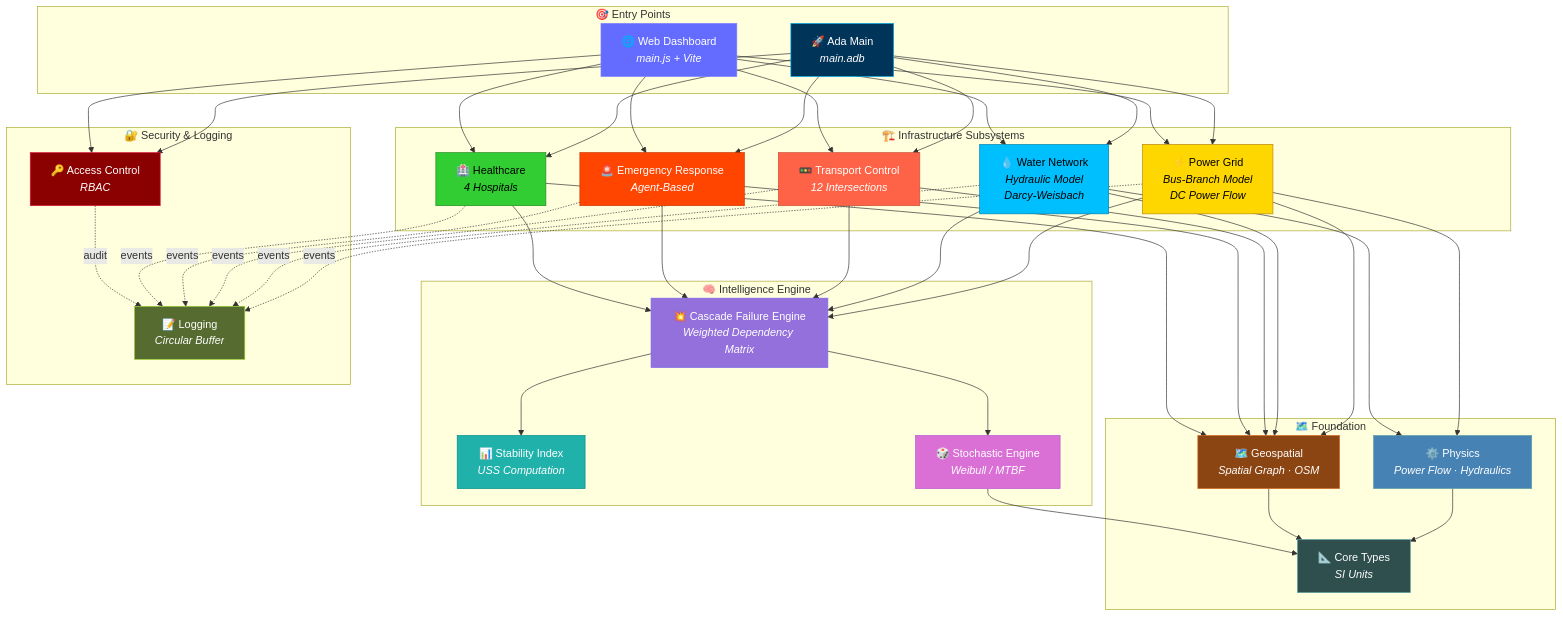
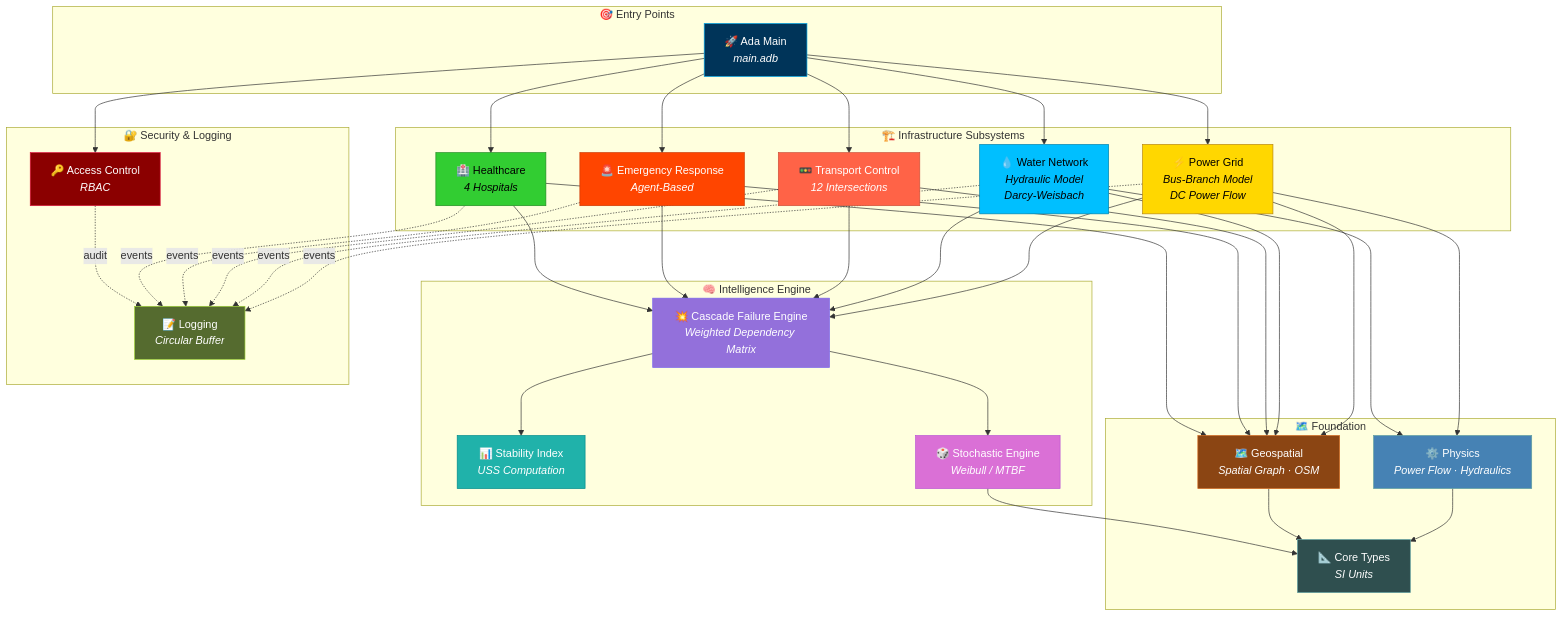
The first of 6 diagrams in README.md (ABDESSAMAD-BOURKIBATE/CivicShield), drawn with Mermaid before and after one commit. The commit also changed other lines of this file and 3 other files, not shown here.

````diff
--- a/README.md
+++ b/README.md
@@ -100,64 +99,60 @@
 ```mermaid
 graph TB
     subgraph "🎯 Entry Points"
         MAIN["🚀 Ada Main<br/><i>main.adb</i>"]
-        WEB["🌐 Web Dashboard<br/><i>main.js + Vite</i>"]
     end
 
     subgraph "🏗️ Infrastructure Subsystems"
         PG["⚡ Power Grid<br/><i>Bus-Branch Model</i><br/><i>DC Power Flow</i>"]
         WN["💧 Water Network<br/><i>Hydraulic Model</i><br/><i>Darcy-Weisbach</i>"]
         TC["🚥 Transport Control<br/><i>12 Intersections</i>"]
         ER["🚨 Emergency Response<br/><i>Agent-Based</i>"]
         HC["🏥 Healthcare<br/><i>4 Hospitals</i>"]
     end
 
     subgraph "🧠 Intelligence Engine"
         CF["💥 Cascade Failure Engine<br/><i>Weighted Dependency Matrix</i>"]
         SI["📊 Stability Index<br/><i>USS Computation</i>"]
         ST["🎲 Stochastic Engine<br/><i>Weibull / MTBF</i>"]
     end
 
     subgraph "🗺️ Foundation"
         CT["📐 Core Types<br/><i>SI Units</i>"]
         PHY["⚙️ Physics<br/><i>Power Flow · Hydraulics</i>"]
         GEO["🗺️ Geospatial<br/><i>Spatial Graph · OSM</i>"]
     end
 
     subgraph "🔐 Security & Logging"
         AC["🔑 Access Control<br/><i>RBAC</i>"]
         LOG["📝 Logging<br/><i>Circular Buffer</i>"]
     end
 
     MAIN --> PG & WN & TC & ER & HC
-    WEB --> PG & WN & TC & ER & HC
     PG & WN & TC & ER & HC --> CF
     CF --> SI
     PG --> PHY
     WN --> PHY
     CF --> ST
     PG & WN & TC & ER & HC --> GEO
     PHY --> CT
     GEO --> CT
     ST --> CT
     PG & WN & TC & ER & HC -.->|events| LOG
     MAIN --> AC
-    WEB --> AC
     AC -.->|audit| LOG
 
     style PG fill:#FFD700,stroke:#B8860B,color:#000
     style WN fill:#00BFFF,stroke:#0080AA,color:#000
     style TC fill:#FF6347,stroke:#CC4F39,color:#fff
     style ER fill:#FF4500,stroke:#CC3700,color:#fff
     style HC fill:#32CD32,stroke:#228B22,color:#000
     style CF fill:#9370DB,stroke:#7B68EE,color:#fff
     style SI fill:#20B2AA,stroke:#008B8B,color:#fff
     style ST fill:#DA70D6,stroke:#BA55D3,color:#fff
     style MAIN fill:#003459,stroke:#00A8E8,color:#fff
-    style WEB fill:#646CFF,stroke:#7C7FFF,color:#fff
     style AC fill:#8B0000,stroke:#DC143C,color:#fff
     style LOG fill:#556B2F,stroke:#9ACD32,color:#fff
     style CT fill:#2F4F4F,stroke:#5F9EA0,color:#fff
     style PHY fill:#4682B4,stroke:#5F9EA0,color:#fff
     style GEO fill:#8B4513,stroke:#D2691E,color:#fff
 ```
````
